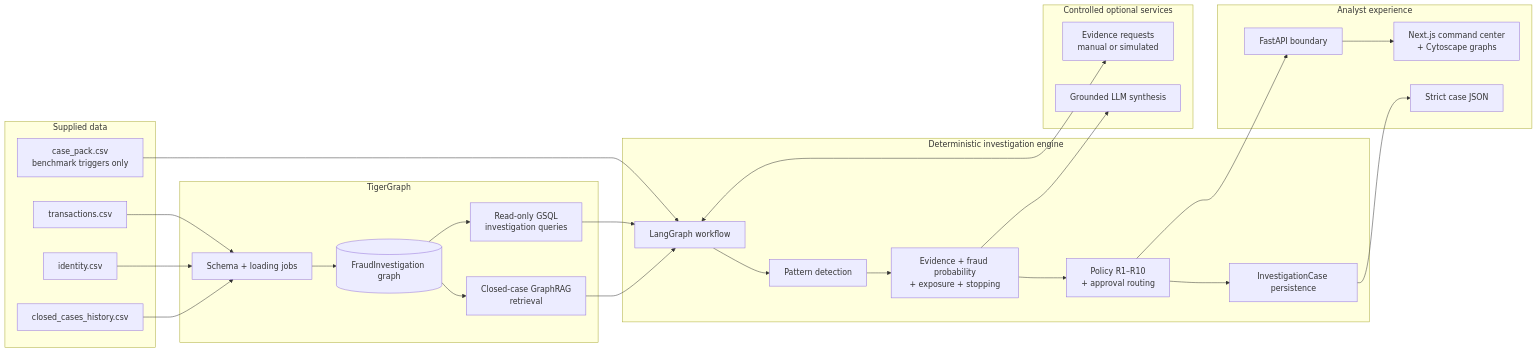
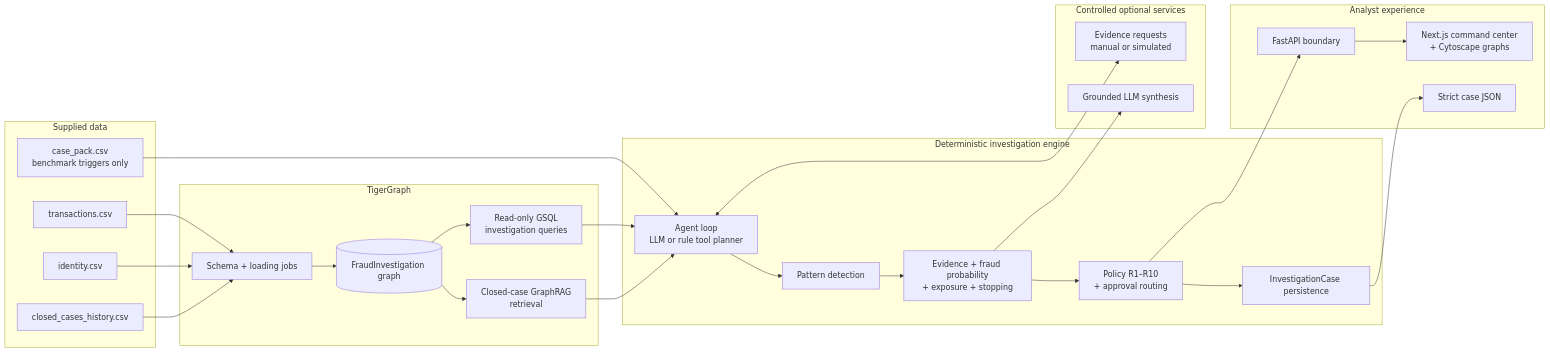
One commit to ankit25bcs10610/TigerGraph-Agentic-Fraud-Investigation-HHGOA changed the diagram in README.md. Above: the diagram before and after it, drawn with Mermaid. The commit also changed other lines of this file and 15 other files, not shown here.

First line of the commit message:
Add LLM tool planner and GraphRAG retrieval; fix graph name

````diff
--- a/README.md
+++ b/README.md
@@ -200,51 +206,51 @@
 ```mermaid
 flowchart LR
   subgraph Data[Supplied data]
     T[transactions.csv]
     I[identity.csv]
     H[closed_cases_history.csv]
     B[case_pack.csv\nbenchmark triggers only]
   end
 
   subgraph Graph[TigerGraph]
     S[Schema + loading jobs]
     G[(FraudInvestigation graph)]
     Q[Read-only GSQL\ninvestigation queries]
     R[Closed-case GraphRAG\nretrieval]
     S --> G
     G --> Q
     G --> R
   end
 
   subgraph Engine[Deterministic investigation engine]
-    W[LangGraph workflow]
+    W[Agent loop\nLLM or rule tool planner]
     P[Pattern detection]
     F[Evidence + fraud probability\n+ exposure + stopping]
     POL[Policy R1–R10\n+ approval routing]
     C[InvestigationCase persistence]
     W --> P --> F --> POL --> C
   end
 
   subgraph Optional[Controlled optional services]
     E[Evidence requests\nmanual or simulated]
     L[Grounded LLM synthesis]
   end
 
   subgraph Experience[Analyst experience]
     API[FastAPI boundary]
     UI[Next.js command center\n+ Cytoscape graphs]
     OUT[Strict case JSON]
   end
 
   T --> S
   I --> S
   H --> S
   B --> W
   Q --> W
   R --> W
   W <--> E
   F --> L
   POL --> API
   C --> OUT
   API --> UI
 ```
````
